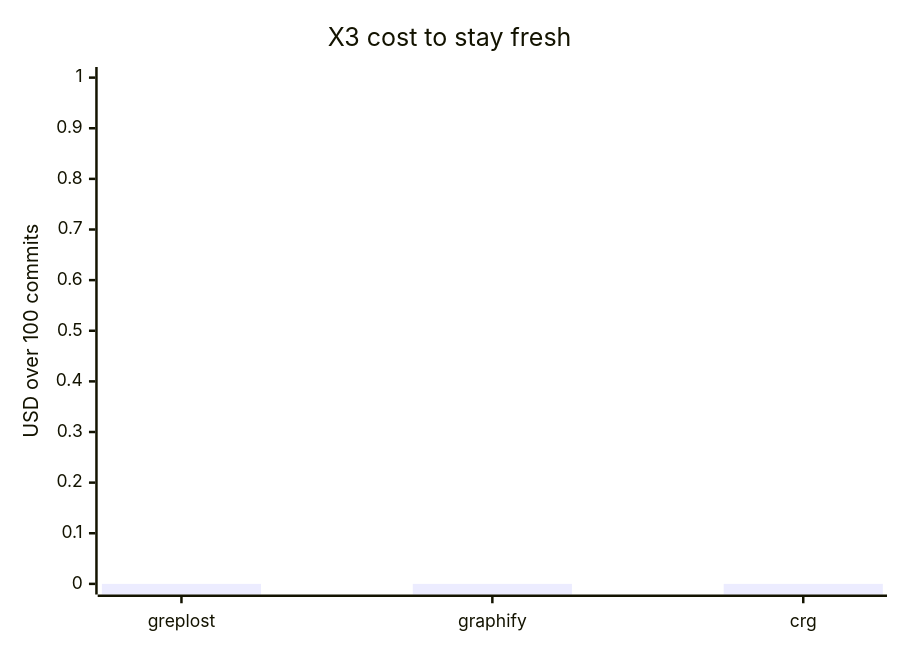
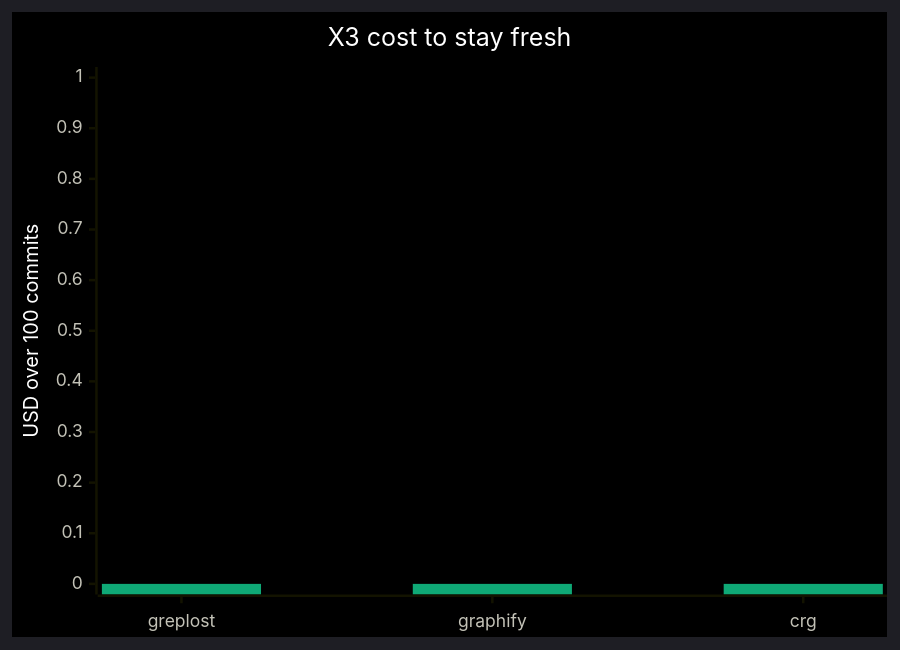
One commit to sns45/greplost changed the fourth of 7 diagrams in README.md. Above: the diagram before and after it, drawn with Mermaid. The commit also changed other lines of this file and 31 other files, not shown here.

Commit message:
feat(bench): charts in the Artificial Analysis style on an AMOLED surface

````diff
--- a/README.md
+++ b/README.md
@@ -223,10 +252,12 @@
 ```mermaid
+%%{init: {"theme": "dark", "themeVariables": {"xyChart": {"backgroundColor": "#000000", "titleColor": "#ffffff", "xAxisLabelColor": "#c3c2b7", "yAxisLabelColor": "#c3c2b7", "xAxisTitleColor": "#ffffff", "yAxisTitleColor": "#ffffff", "plotColorPalette": "#0fa976,#e0561c,#2f86ef"}}}}%%
 xychart-beta
     title "X3 cost to stay fresh"
     x-axis ["greplost", "graphify", "crg"]
     y-axis "USD over 100 commits" 0 --> 1
     bar [0, 0, 0]
     %% series, in order: USD
     %% not measured, omitted from the x axis: ua
-    %% Every tool that ran here ran its no-LLM path, so USD is 0 for all of them; the wall-clock that separates them is in the table. Measured on corpus hono, tier M (248 files); 100 replayed commits.
+    %% USD spent keeping the artifact fresh; lower is better. Corpus hono, tier M (248 files); 100 replayed commits.
+    %% Every tool that ran here ran its no-LLM path, so USD is 0 for all of them; the wall-clock that separates them is in the table and on the freshness quadrant chart. A bar at the baseline is a measured zero; a dashed stub is a tool that could not be run. Measured on corpus hono, tier M (248 files); 100 replayed commits.
 ```
````
